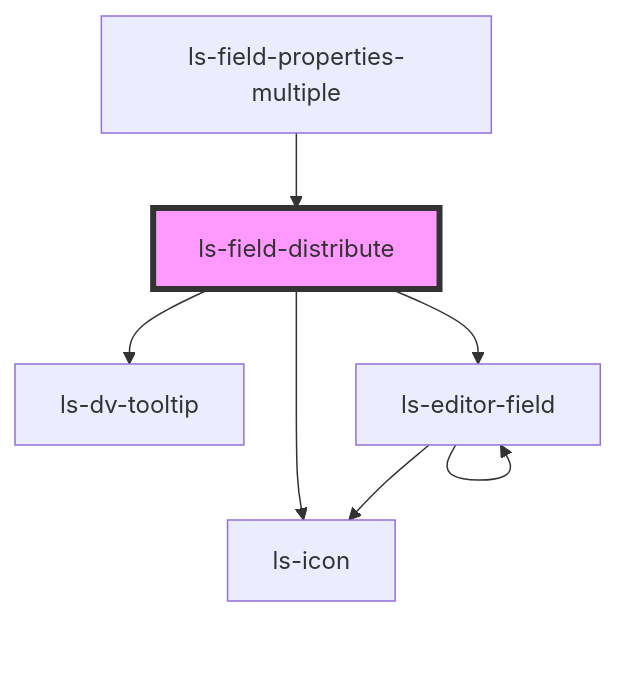
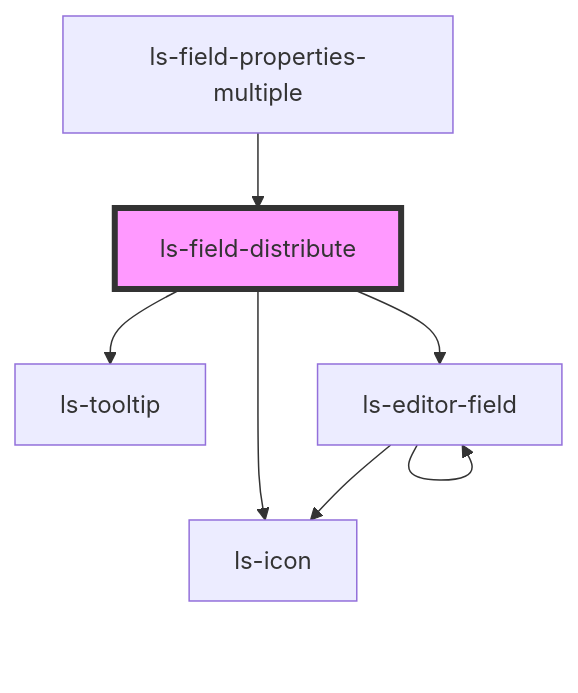
Before and after one commit to legalesign/ls-document-viewer: the diagram in src/components/ls-field-distribute/readme.md, drawn with Mermaid. The commit also changed other lines of this file and 52 other files, not shown here.

````diff
--- a/src/components/ls-field-distribute/readme.md
+++ b/src/components/ls-field-distribute/readme.md
@@ -35,10 +35,10 @@
 ```mermaid
 graph TD;
   ls-field-distribute --> ls-icon
-  ls-field-distribute --> ls-dv-tooltip
+  ls-field-distribute --> ls-tooltip
   ls-field-distribute --> ls-editor-field
   ls-editor-field --> ls-icon
   ls-editor-field --> ls-editor-field
   ls-field-properties-multiple --> ls-field-distribute
   style ls-field-distribute fill:#f9f,stroke:#333,stroke-width:4px
 ```
````
